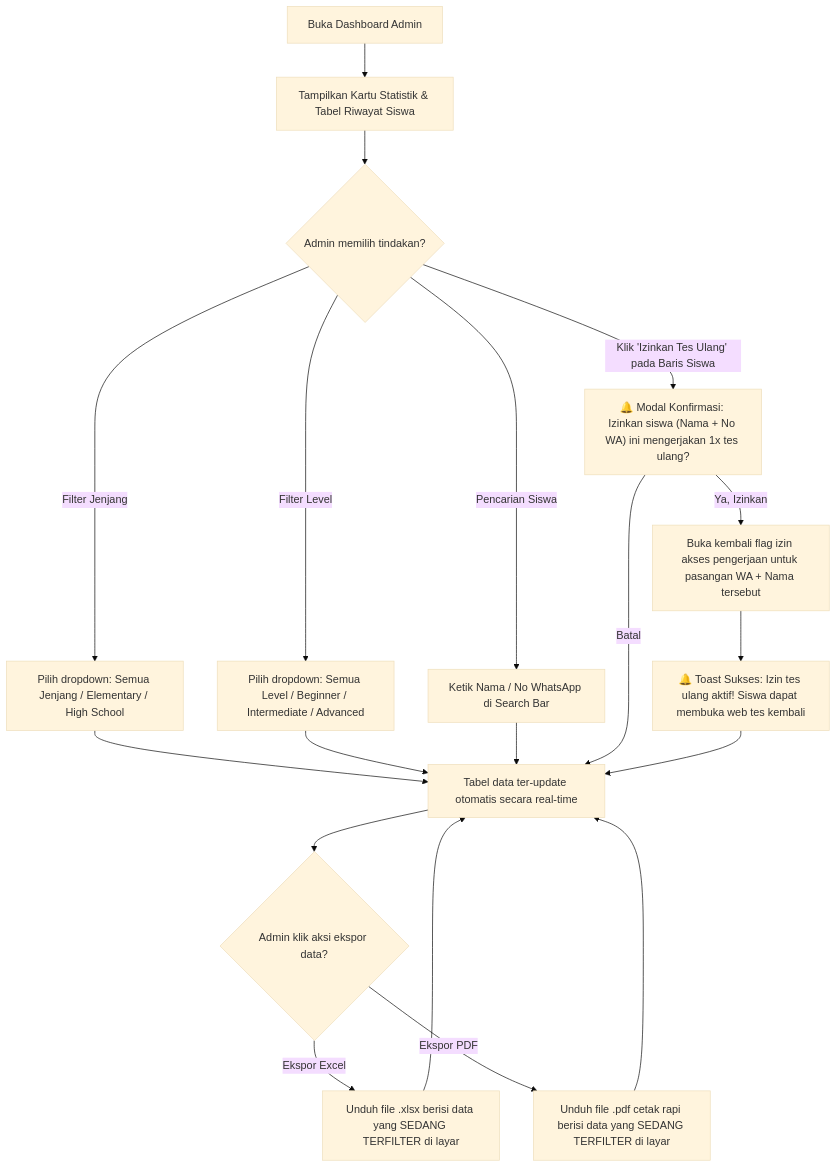
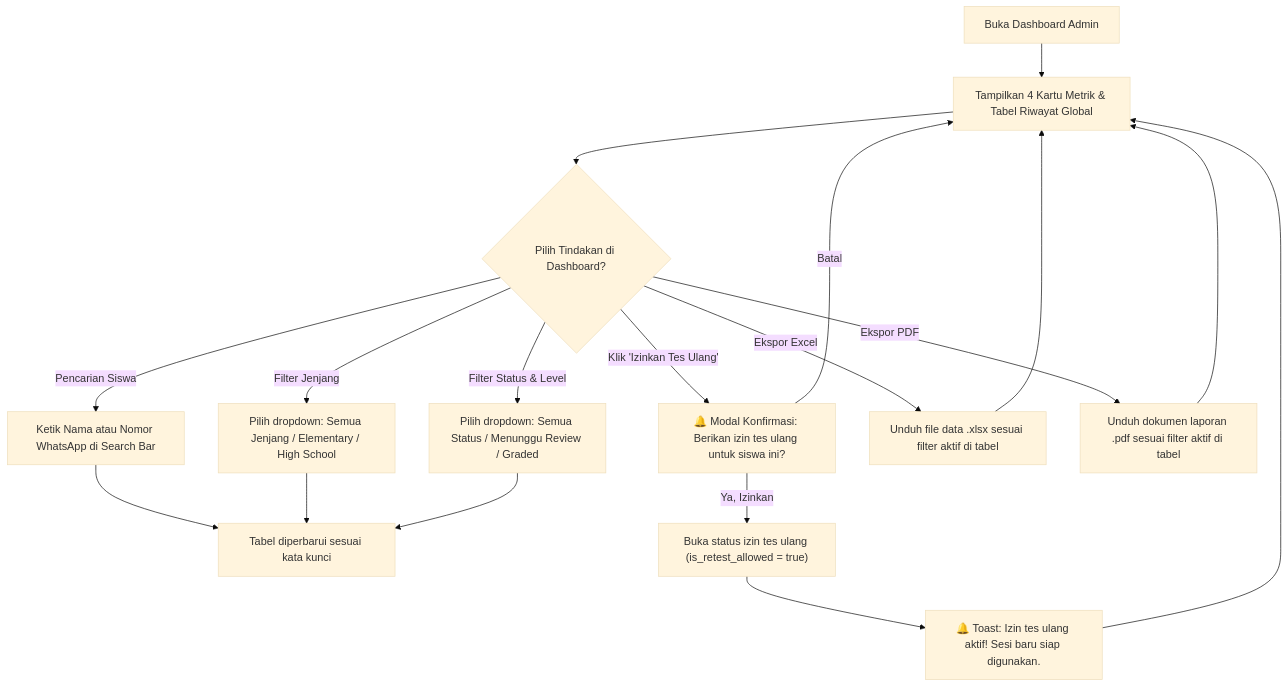
The seventh of 13 diagrams in UI_FLOW.md (septianof/up-speaking), drawn with Mermaid (base theme) before and after one commit. The commit also changed other lines of this file and 3 other files, not shown here.

Commit message:
docs: perbarui prd, ui flow, task breakdown, dan agents sesuai arsitektur baru

````diff
--- a/UI_FLOW.md
+++ b/UI_FLOW.md
@@ -246,29 +276,27 @@
 ```mermaid
 flowchart TD
-    A[Buka Dashboard Admin] --> B[Tampilkan Kartu Statistik & Tabel Riwayat Siswa]
+    A["Buka Dashboard Admin"] --> B["Tampilkan 4 Kartu Metrik & Tabel Riwayat Global"]
 
-    B --> C{Admin memilih tindakan?}
+    B --> C{"Pilih Tindakan di Dashboard?"}
 
-    C -- Filter Jenjang --> D1[Pilih dropdown: Semua Jenjang / Elementary / High School]
-    D1 --> E[Tabel data ter-update otomatis secara real-time]
+    C -->|Pencarian Siswa| D["Ketik Nama atau Nomor WhatsApp di Search Bar"]
+    D --> E["Tabel diperbarui sesuai kata kunci"]
 
-    C -- Filter Level --> D2[Pilih dropdown: Semua Level / Beginner / Intermediate / Advanced]
-    D2 --> E
-
-    C -- Pencarian Siswa --> F[Ketik Nama / No WhatsApp di Search Bar]
+    C -->|Filter Jenjang| F["Pilih dropdown: Semua Jenjang / Elementary / High School"]
     F --> E
 
-    C -- Klik 'Izinkan Tes Ulang' pada Baris Siswa --> J["🔔 Modal Konfirmasi: Izinkan siswa (Nama + No WA) ini mengerjakan 1x tes ulang?"]
-    J -- Batal --> E
-    J -- Ya, Izinkan --> K[Buka kembali flag izin akses pengerjaan untuk pasangan WA + Nama tersebut]
-    K --> L[🔔 Toast Sukses: Izin tes ulang aktif! Siswa dapat membuka web tes kembali]
-    L --> E
+    C -->|Filter Status & Level| G["Pilih dropdown: Semua Status / Menunggu Review / Graded"]
+    G --> E
 
-    E --> G{Admin klik aksi ekspor data?}
+    C -->|Klik 'Izinkan Tes Ulang'| H["🔔 Modal Konfirmasi: Berikan izin tes ulang untuk siswa ini?"]
+    H -->|Batal| B
+    H -->|Ya, Izinkan| I["Buka status izin tes ulang (is_retest_allowed = true)"]
+    I --> J["🔔 Toast: Izin tes ulang aktif! Sesi baru siap digunakan."]
+    J --> B
 
-    G -- Ekspor Excel --> H[Unduh file .xlsx berisi data yang SEDANG TERFILTER di layar]
-    H --> E
+    C -->|Ekspor Excel| K["Unduh file data .xlsx sesuai filter aktif di tabel"]
+    K --> B
 
-    G -- Ekspor PDF --> I[Unduh file .pdf cetak rapi berisi data yang SEDANG TERFILTER di layar]
-    I --> E
+    C -->|Ekspor PDF| L["Unduh dokumen laporan .pdf sesuai filter aktif di tabel"]
+    L --> B
 ```
````
